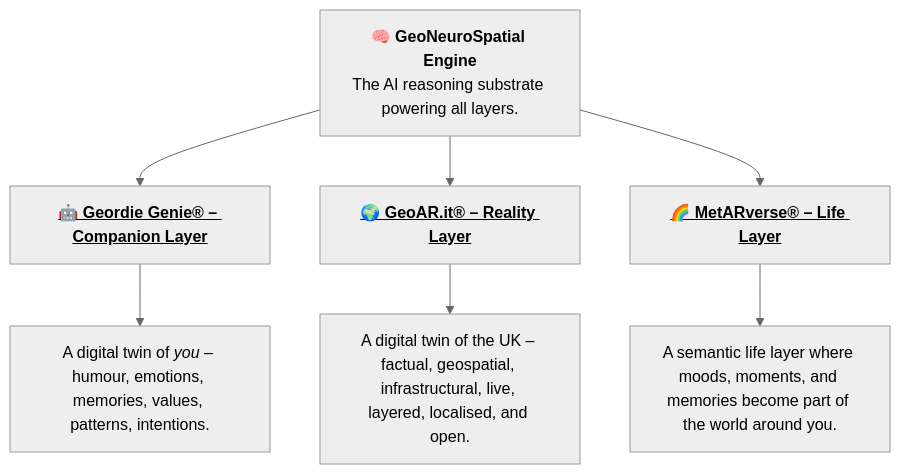
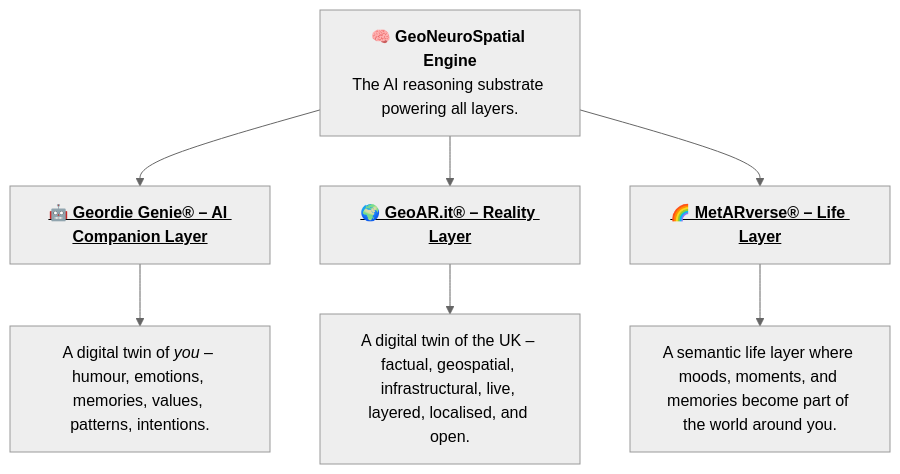
The first of 5 diagrams in profile/README.md (GeoARit/.github), drawn with Mermaid (neutral theme) before and after one commit.

Commit message:
Update title for Geordie Genie in README

````diff
--- a/profile/README.md
+++ b/profile/README.md
@@ -11,33 +11,33 @@
 ```mermaid
 flowchart TD
 
     %% ===============================
     %% TITLE NODES (TOP LEVEL)
     %% ===============================
-    GENIE["<u><b>🤖 Geordie Genie® – Companion Layer</b></u>"]
+    GENIE["<u><b>🤖 Geordie Genie® – AI Companion Layer</b></u>"]
     REALITY["<u><b>🌍 GeoAR.it® – Reality Layer</b></u>"]
     LIFE["<u><b>🌈 MetARverse® – Life Layer</b></u>"]
 
     %% ===============================
     %% DESCRIPTIONS (SECOND LEVEL)
     %% ===============================
     GENIE_DESC["A digital twin of <i>you</i> – humour, emotions, memories, values, patterns, intentions."]
     REALITY_DESC["A digital twin of the UK – factual, geospatial, infrastructural, live, layered, localised, and open."]
     LIFE_DESC["A semantic life layer where moods, moments, and memories become part of the world around you."]
 
     %% Attach descriptions to titles
     GENIE --> GENIE_DESC
     REALITY --> REALITY_DESC
     LIFE --> LIFE_DESC
 
     %% ===============================
     %% CORE ENGINE (POWERING ALL THREE)
     %% ===============================
     ENGINE["<b>🧠 GeoNeuroSpatial Engine</b><br/>The AI reasoning substrate powering all layers."]
 
     %% Engine connects upward to each title
     ENGINE --> GENIE
     ENGINE --> REALITY
     ENGINE --> LIFE
 
 ```
````
